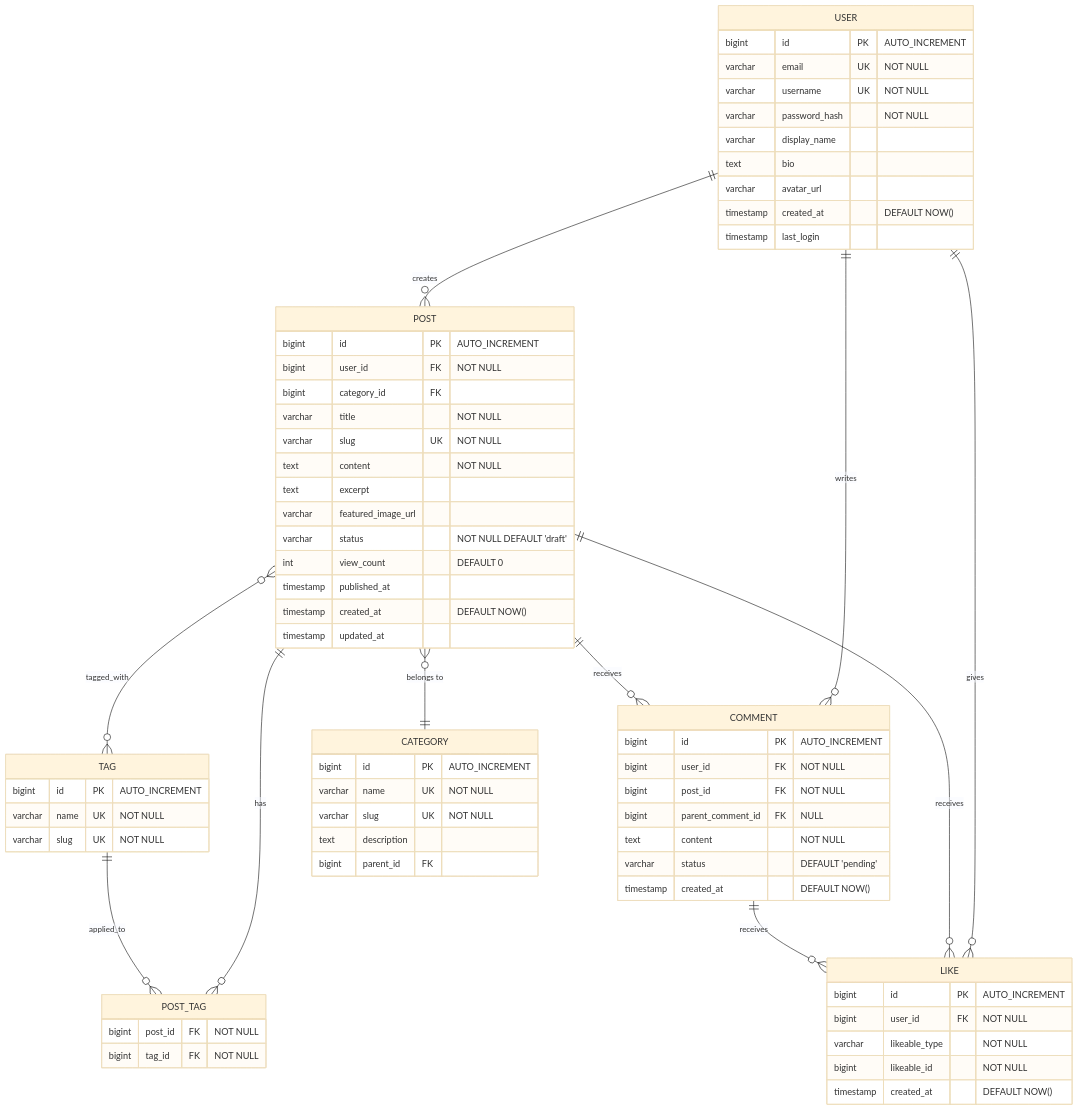
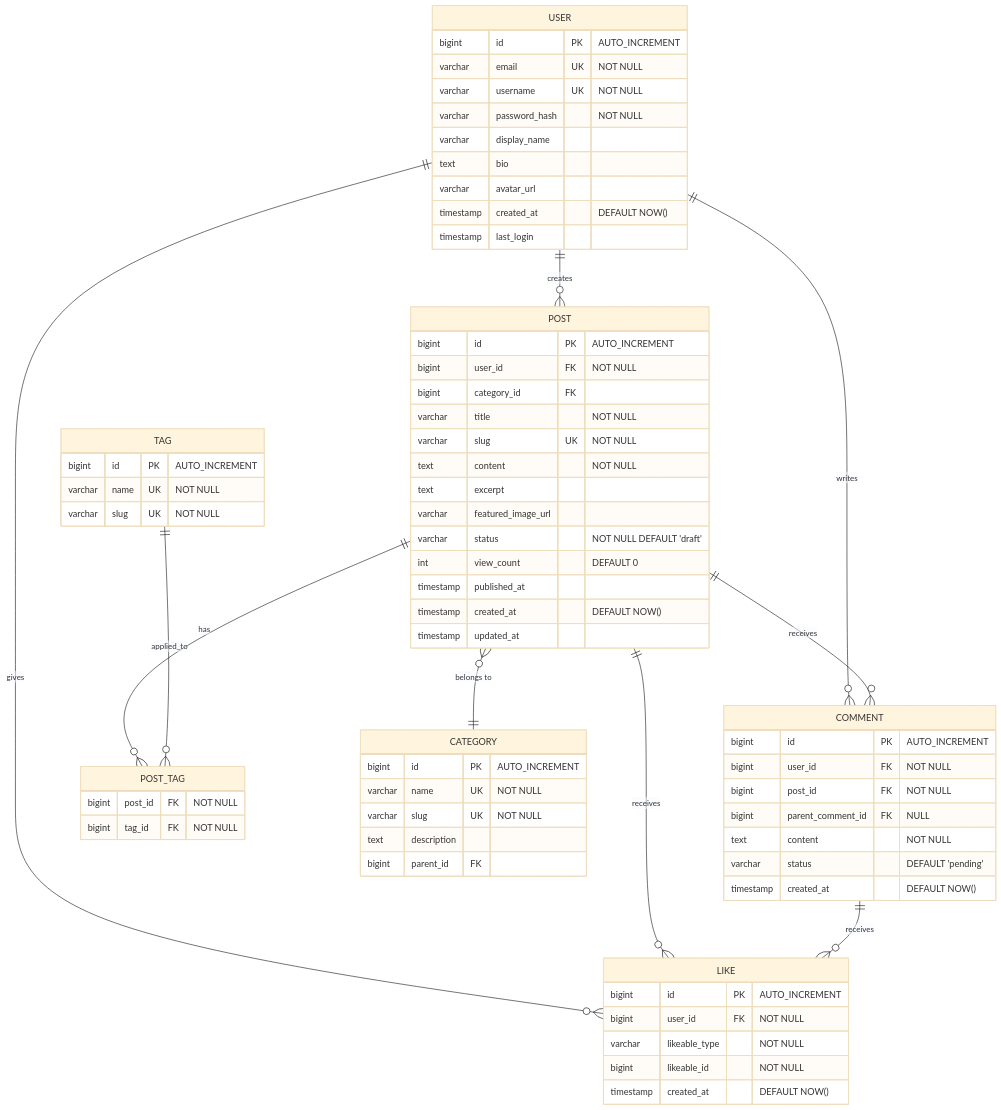
Before and after one commit to costa-marcello/repertoire: the first of 7 diagrams in skills/mermaid-diagrams/references/erd-patterns.md, drawn with Mermaid (base theme). The commit also changed other lines of this file and 12 other files, not shown here.

First line of the commit message:
Fix mermaid-diagrams examples that broke its own rules

````diff
--- a/skills/mermaid-diagrams/references/erd-patterns.md
+++ b/skills/mermaid-diagrams/references/erd-patterns.md
@@ -16,78 +16,77 @@
 ```mermaid
 erDiagram
     USER ||--o{ POST : creates
     USER ||--o{ COMMENT : writes
     POST ||--o{ COMMENT : receives
-    POST }o--o{ TAG : tagged_with
     POST ||--o{ POST_TAG : has
     TAG ||--o{ POST_TAG : applied_to
     POST }o--|| CATEGORY : "belongs to"
     USER ||--o{ LIKE : gives
     POST ||--o{ LIKE : receives
     COMMENT ||--o{ LIKE : receives
 
     USER {
         bigint id PK "AUTO_INCREMENT"
         varchar email UK "NOT NULL"
         varchar username UK "NOT NULL"
         varchar password_hash "NOT NULL"
         varchar display_name
         text bio
         varchar avatar_url
         timestamp created_at "DEFAULT NOW()"
         timestamp last_login
     }
 
     POST {
         bigint id PK "AUTO_INCREMENT"
         bigint user_id FK "NOT NULL"
         bigint category_id FK
         varchar title "NOT NULL"
         varchar slug UK "NOT NULL"
         text content "NOT NULL"
         text excerpt
         varchar featured_image_url
         varchar status "NOT NULL DEFAULT 'draft'"
         int view_count "DEFAULT 0"
         timestamp published_at
         timestamp created_at "DEFAULT NOW()"
         timestamp updated_at
     }
 
     COMMENT {
         bigint id PK "AUTO_INCREMENT"
         bigint user_id FK "NOT NULL"
         bigint post_id FK "NOT NULL"
         bigint parent_comment_id FK "NULL"
         text content "NOT NULL"
         varchar status "DEFAULT 'pending'"
         timestamp created_at "DEFAULT NOW()"
     }
 
     CATEGORY {
         bigint id PK "AUTO_INCREMENT"
         varchar name UK "NOT NULL"
         varchar slug UK "NOT NULL"
         text description
         bigint parent_id FK
     }
 
     TAG {
         bigint id PK "AUTO_INCREMENT"
         varchar name UK "NOT NULL"
         varchar slug UK "NOT NULL"
     }
 
     POST_TAG {
         bigint post_id FK "NOT NULL"
         bigint tag_id FK "NOT NULL"
     }
 
     LIKE {
         bigint id PK "AUTO_INCREMENT"
         bigint user_id FK "NOT NULL"
         varchar likeable_type "NOT NULL"
         bigint likeable_id "NOT NULL"
         timestamp created_at "DEFAULT NOW()"
     }
 ```
````
